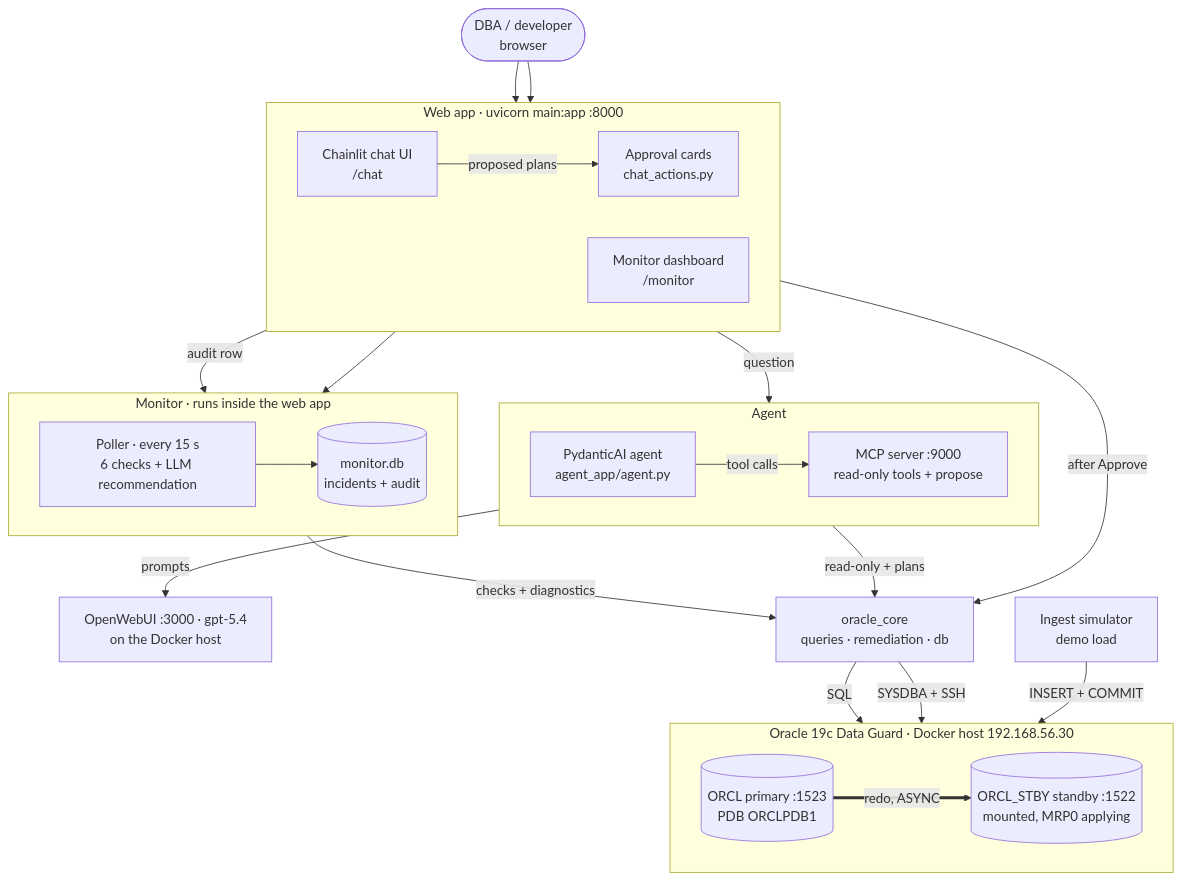
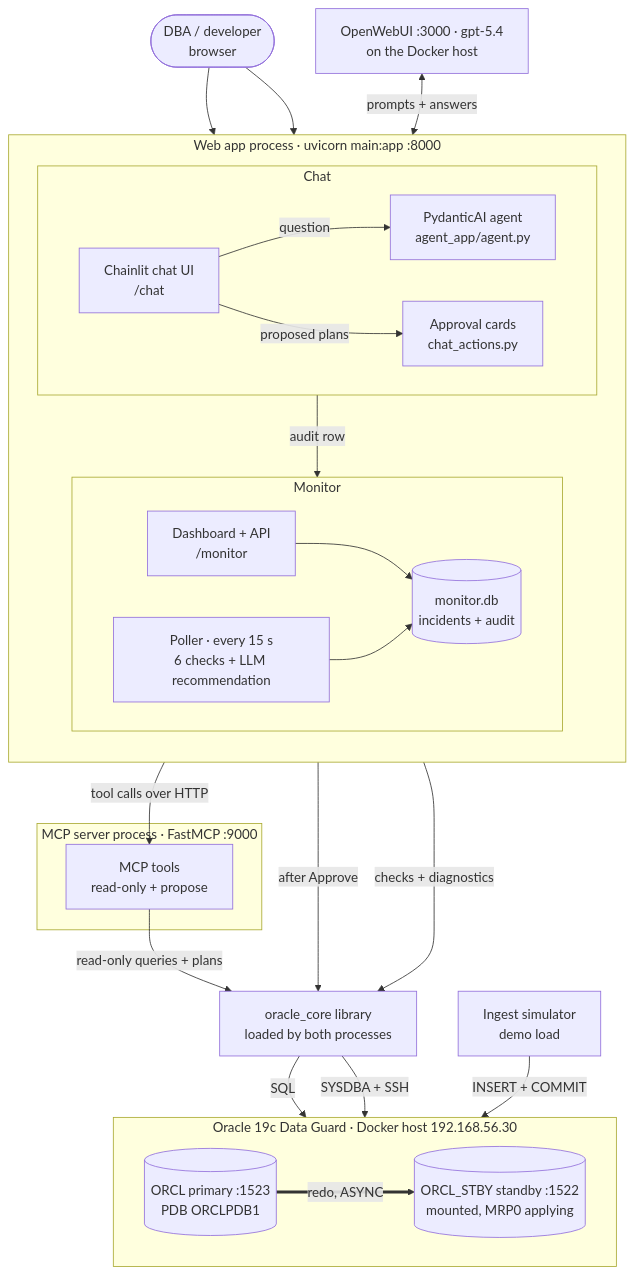
Before and after one commit to roopla/oracle-dba-pydanticai-simple: the first of 3 diagrams in ARCHITECTURE.md, drawn with Mermaid. The commit also changed other lines of this file, not shown here.

Commit message:
Show process boundaries correctly in the architecture diagram
The overview grouped the agent and the MCP server in one box, but they
are separate processes: the PydanticAI agent runs inside the web app
(chat.py creates and calls it), while the MCP server is its own FastMCP
process on :9000, reached over HTTP. oracle_core is a library loaded by
both. The diagram now draws the web app and MCP server as separate
process boxes, and the component table says which process each part
runs in. The model link is drawn as prompts + answers from OpenWebUI,
which also keeps it off the agent-to-MCP path.

````diff
--- a/ARCHITECTURE.md
+++ b/ARCHITECTURE.md
@@ -10,52 +10,52 @@
 ```mermaid
 flowchart TB
     user(["DBA / developer<br/>browser"])
 
-    subgraph web["Web app · uvicorn main:app :8000"]
-        direction LR
-        chat["Chainlit chat UI<br/>/chat"]
-        cards["Approval cards<br/>chat_actions.py"]
-        dash["Monitor dashboard<br/>/monitor"]
+    subgraph web["Web app process · uvicorn main:app :8000"]
+        direction TB
+        subgraph chatside["Chat"]
+            direction LR
+            chat["Chainlit chat UI<br/>/chat"]
+            agent["PydanticAI agent<br/>agent_app/agent.py"]
+            cards["Approval cards<br/>chat_actions.py"]
+        end
+        subgraph monitor["Monitor"]
+            direction LR
+            dash["Dashboard + API<br/>/monitor"]
+            poller["Poller · every 15 s<br/>6 checks + LLM recommendation"]
+            sqlite[("monitor.db<br/>incidents + audit")]
+        end
     end
 
-    subgraph brain["Agent"]
-        direction LR
-        agent["PydanticAI agent<br/>agent_app/agent.py"]
-        mcp["MCP server :9000<br/>read-only tools + propose"]
+    subgraph mcpproc["MCP server process · FastMCP :9000"]
+        mcp["MCP tools<br/>read-only + propose"]
     end
 
     llm["OpenWebUI :3000 · gpt-5.4<br/>on the Docker host"]
-
-    subgraph monitor["Monitor · runs inside the web app"]
-        direction LR
-        poller["Poller · every 15 s<br/>6 checks + LLM recommendation"]
-        sqlite[("monitor.db<br/>incidents + audit")]
-    end
-
-    core["oracle_core<br/>queries · remediation · db"]
+    core["oracle_core library<br/>loaded by both processes"]
 
     subgraph lab["Oracle 19c Data Guard · Docker host 192.168.56.30"]
         direction LR
         pri[("ORCL primary :1523<br/>PDB ORCLPDB1")]
         stby[("ORCL_STBY standby :1522<br/>mounted, MRP0 applying")]
     end
 
     sim["Ingest simulator<br/>demo load"]
 
     user --> chat
     user --> dash
     chat -->|question| agent
-    agent -->|prompts| llm
-    agent -->|tool calls| mcp
-    mcp -->|read-only + plans| core
+    agent -->|tool calls over HTTP| mcp
+    llm <-->|prompts + answers| agent
+    mcp -->|read-only queries + plans| core
     chat -->|proposed plans| cards
     cards -->|after Approve| core
     cards -->|audit row| sqlite
     dash --> sqlite
     poller -->|checks + diagnostics| core
     poller --> sqlite
     core -->|SQL| pri
     core -->|SYSDBA + SSH| stby
     pri ==>|redo, ASYNC| stby
     sim -->|INSERT + COMMIT| pri
 ```
````
